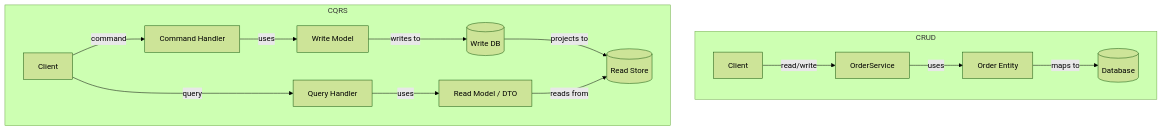
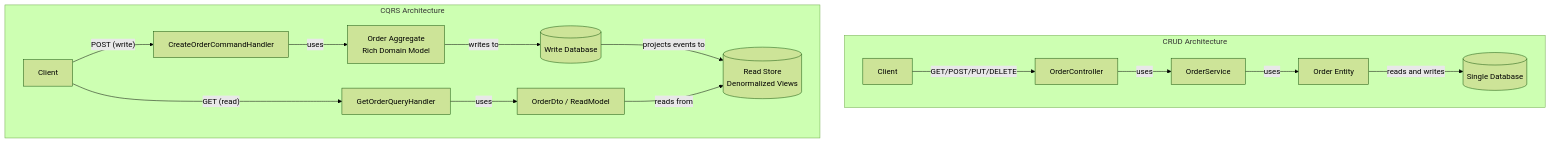
One commit to senapatisantosh/DotnetAdvanceDesignPattern changed the tenth of 12 diagrams in docs/comparison-maps.md. Above: the diagram before and after it, drawn with Mermaid (forest theme). The commit also changed other lines of this file and 1 other file, not shown here.

First line of the commit message:
feat: enhance decision matrix and comparison maps with deeper content

````diff
--- a/docs/comparison-maps.md
+++ b/docs/comparison-maps.md
@@ -399,18 +475,19 @@
 ```mermaid
 graph TD
-    subgraph "CRUD"
-        CRUD_Client[Client] -->|read/write| CRUD_Service[OrderService]
+    subgraph "CRUD Architecture"
+        CRUD_Client[Client] -->|"GET/POST/PUT/DELETE"| CRUD_Controller[OrderController]
+        CRUD_Controller -->|uses| CRUD_Service[OrderService]
         CRUD_Service -->|uses| CRUD_Model[Order Entity]
-        CRUD_Model -->|maps to| CRUD_DB[(Database)]
+        CRUD_Model -->|reads and writes| CRUD_DB[(Single Database)]
     end
 
-    subgraph "CQRS"
-        CQRS_Client[Client] -->|command| CQRS_CmdHandler[Command Handler]
-        CQRS_Client -->|query| CQRS_QueryHandler[Query Handler]
-        CQRS_CmdHandler -->|uses| CQRS_WriteModel[Write Model]
-        CQRS_QueryHandler -->|uses| CQRS_ReadModel[Read Model / DTO]
-        CQRS_WriteModel -->|writes to| CQRS_WriteDB[(Write DB)]
-        CQRS_WriteDB -->|projects to| CQRS_ReadDB[(Read Store)]
+    subgraph "CQRS Architecture"
+        CQRS_Client[Client] -->|"POST (write)"| CQRS_CmdHandler[CreateOrderCommandHandler]
+        CQRS_Client -->|"GET (read)"| CQRS_QueryHandler[GetOrderQueryHandler]
+        CQRS_CmdHandler -->|uses| CQRS_WriteModel[Order Aggregate<br/>Rich Domain Model]
+        CQRS_QueryHandler -->|uses| CQRS_ReadModel[OrderDto / ReadModel]
+        CQRS_WriteModel -->|writes to| CQRS_WriteDB[(Write Database)]
+        CQRS_WriteDB -->|projects events to| CQRS_ReadDB[(Read Store<br/>Denormalized Views)]
         CQRS_ReadModel -->|reads from| CQRS_ReadDB
     end
 ```
````
